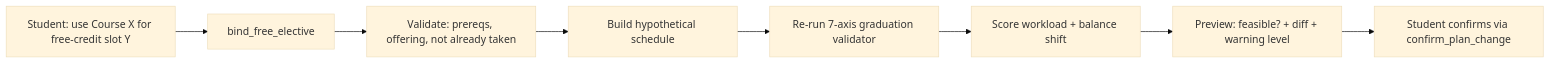
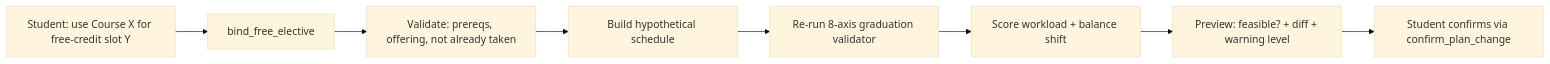
Before and after one commit to EdoardoMongardi/NYU_Path: the first of 3 diagrams in Docs/current-system/tools/bind_free_elective.md, drawn with Mermaid (base theme). The commit also changed other lines of this file and 3 other files, not shown here.

````diff
--- a/Docs/current-system/tools/bind_free_elective.md
+++ b/Docs/current-system/tools/bind_free_elective.md
@@ -9,10 +9,10 @@
 ```mermaid
 flowchart LR
     Q[Student: use Course X for free-credit slot Y] --> T[bind_free_elective]
     T --> V[Validate: prereqs, offering, not already taken]
     V --> H[Build hypothetical schedule]
-    H --> R[Re-run 7-axis graduation validator]
+    H --> R[Re-run 8-axis graduation validator]
     R --> S[Score workload + balance shift]
     S --> P[Preview: feasible? + diff + warning level]
     P --> C[Student confirms via confirm_plan_change]
 ```
````
